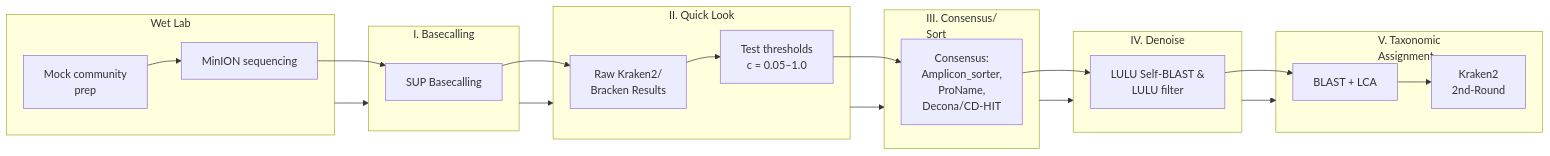
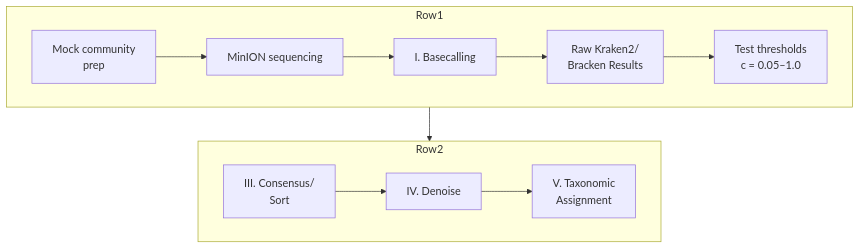
The diagram in README.md (piedna/DeCodeDNA), drawn with Mermaid before and after one commit.

Commit message:
Simplify flowchart with short labels and color coding

````diff
--- a/README.md
+++ b/README.md
@@ -38,34 +38,25 @@
 ```mermaid
-flowchart LR
-  %% keep boxes compact with manual wraps, but allow them to grow wide
-  subgraph WetLab["Wet Lab"]
-    MC["Mock community<br>prep"]
-    MinION["MinION sequencing"]
-    MC --> MinION
+flowchart TB
+  %% Top row: Wet lab → Basecalling → Quick Look
+  subgraph Row1
+    direction LR
+    A["Mock community<br>prep"] 
+    B["MinION sequencing"]
+    C["I. Basecalling"]
+    D["Raw Kraken2/<br>Bracken Results"]
+    E["Test thresholds<br>c = 0.05–1.0"]
+    A --> B --> C --> D --> E
   end
 
-  subgraph Basecalling["I. Basecalling"]
-    MinION --> SUP["SUP Basecalling"]
+  %% Bottom row: Consensus → Denoise → Taxonomy
+  subgraph Row2
+    direction LR
+    F["III. Consensus/<br>Sort"]
+    G["IV. Denoise"]
+    H["V. Taxonomic<br>Assignment"]
+    F --> G --> H
   end
 
-  subgraph QuickLook["II. Quick Look"]
-    SUP --> Kraken["Raw Kraken2/<br>Bracken Results"]
-    Kraken --> TestThresh["Test thresholds<br>c = 0.05–1.0"]
-  end
-
-  subgraph Consensus["III. Consensus/<br>Sort"]
-    TestThresh --> ConsSort["Consensus:<br>Amplicon_sorter,<br>ProName,<br>Decona/CD-HIT"]
-  end
-
-  subgraph Denoise["IV. Denoise"]
-    ConsSort --> LULU["LULU Self-BLAST &<br>LULU filter"]
-  end
-
-  subgraph Taxonomic["V. Taxonomic<br>Assignment"]
-    LULU --> BLAST["BLAST + LCA"]
-    BLAST --> Kraken2["Kraken2<br>2nd-Round"]
-  end
-
-  %% chain them together
-  WetLab --> Basecalling --> QuickLook --> Consensus --> Denoise --> Taxonomic
+  %% Connect the two rows
+  E --> F
 ```
````
